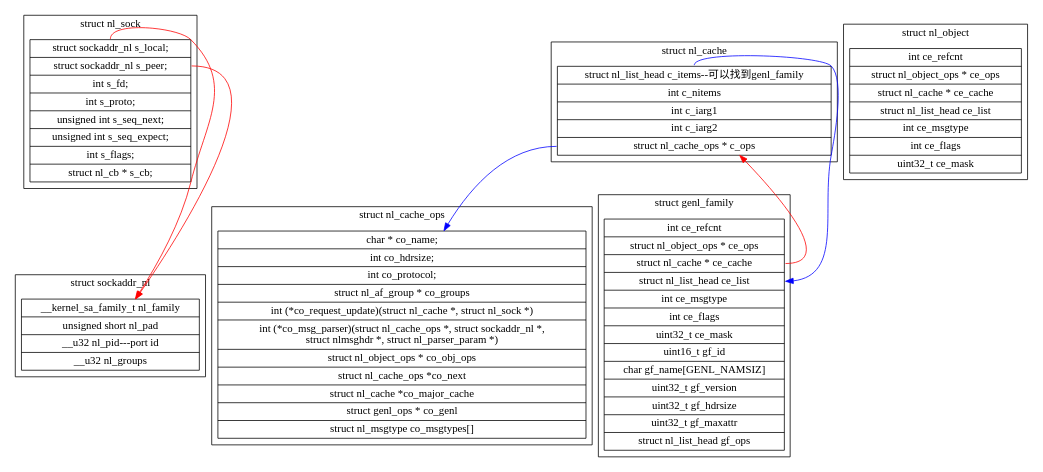
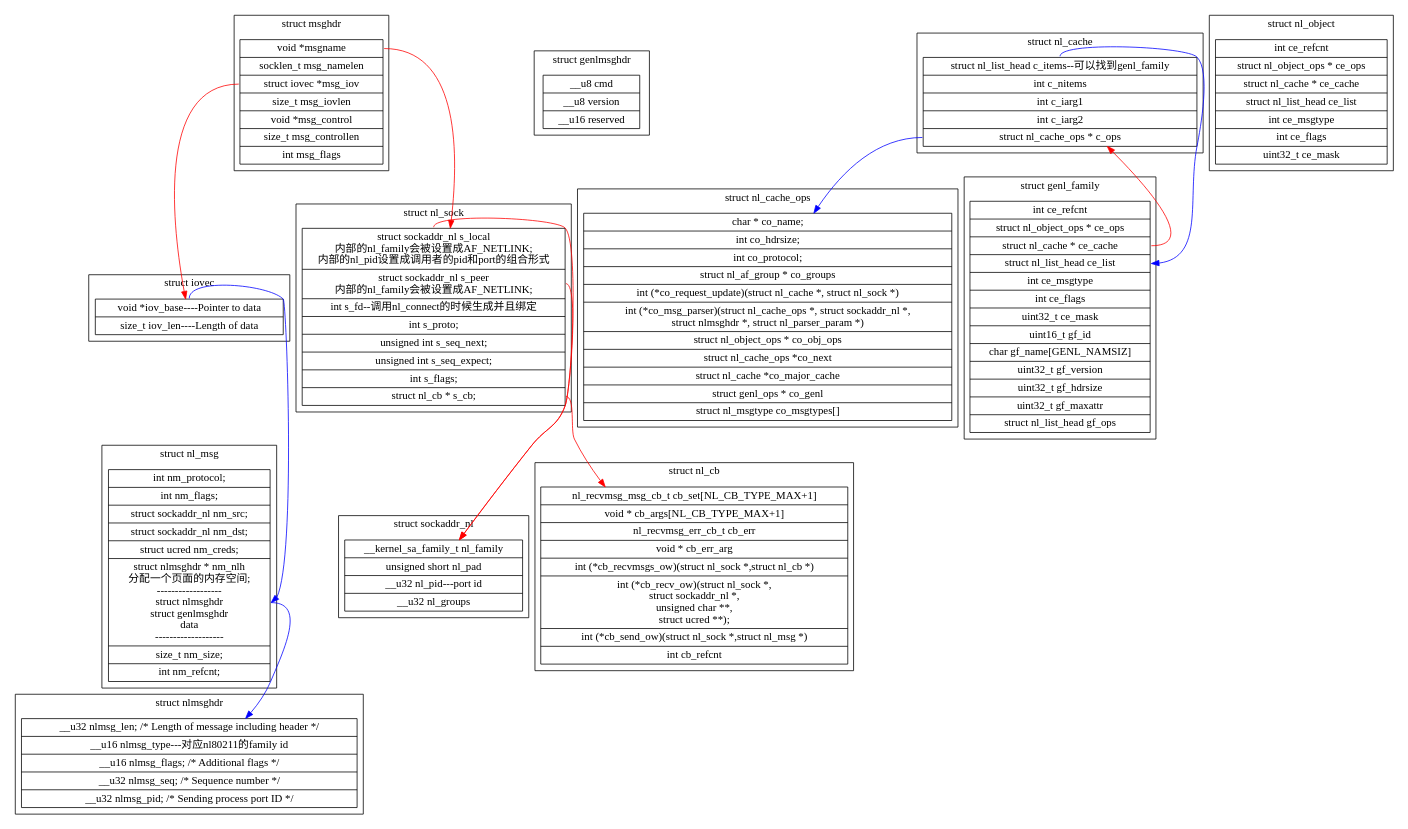
Before and after one commit to YsuXia/Debian-Learning: the diagram in graphviz/wifi/libnl.dot, drawn with Graphviz. The commit also changed 6 other files, not shown here.

```diff
--- a/graphviz/wifi/libnl.dot
+++ b/graphviz/wifi/libnl.dot
@@ -1,97 +1,180 @@
 digraph libnl{
 	node[shape=record];
+
+	subgraph cluster_struct_nl_msg{
+		label="struct nl_msg";
+		"struct nl_msg"[label="{
+	int         nm_protocol;
+    |int         nm_flags;
+    |struct sockaddr_nl  nm_src;
+    |struct sockaddr_nl  nm_dst;
+    |struct ucred        nm_creds;
+    |<nm_nlh>struct nlmsghdr *   nm_nlh\n分配一个页面的内存空间;
+	\n------------------
+	\n struct nlmsghdr
+	\n struct genlmsghdr
+	\n data
+	\n-------------------
+    |size_t          nm_size;
+    |int         nm_refcnt;
+		}"];
+	}
+	"struct nl_msg":nm_nlh->"struct nlmsghdr"[color=blue];
+
+	subgraph cluster_struct_nlmsghdr{
+		label="struct nlmsghdr";
+		"struct nlmsghdr"[label="{
+	__u32       nlmsg_len;  /* Length of message including header */
+    |__u16       nlmsg_type---对应nl80211的family id
+    |__u16       nlmsg_flags;    /* Additional flags */
+    |__u32       nlmsg_seq;  /* Sequence number */
+    |__u32       nlmsg_pid;  /* Sending process port ID */
+	}"];
+	}
+
+	subgraph cluster_struct_genlmsghdr{
+		label="struct genlmsghdr";
+		"struct genlmsghdr"[label="{
+		__u8    cmd
+    |__u8    version
+    |__u16   reserved
+	}"];
+	}
+
+	subgraph cluster_struct_iovec{
+		label="struct iovec";
+		"struct iovec"[label="{
+	<base>void *iov_base----Pointer to data
+    |size_t iov_len----Length of data
+	}"];
+	}
+	"struct iovec":base->"struct nl_msg":nm_nlh[color=blue];
+
+	subgraph cluster_struct_msghdr{
+		label="struct msghdr";
+		"struct msghdr"[label="{
+		<name>void *msgname
+		|socklen_t msg_namelen
+		|<msg_iov>struct iovec *msg_iov
+		|size_t msg_iovlen
+		|void *msg_control
+		|size_t msg_controllen
+		|int msg_flags
+	}"];
+	}
+	 "struct msghdr":msg_iov->"struct iovec"[color=red];
+	"struct msghdr":name->"struct nl_sock"[color=red];
+
 	subgraph cluster_struct_nl_sock{
 		label="struct nl_sock";
 		"struct nl_sock"[label="{
-		<local>struct sockaddr_nl  s_local;
-    	|<peer>struct sockaddr_nl  s_peer;
-    	|int         s_fd;
+		<local>struct sockaddr_nl  s_local\n内部的nl_family会被设置成AF_NETLINK;
+		\n内部的nl_pid设置成调用者的pid和port的组合形式
+    	|<peer>struct sockaddr_nl  s_peer\n内部的nl_family会被设置成AF_NETLINK;
+    	|int         s_fd--调用nl_connect的时候生成并且绑定
     	|int         s_proto;
     	|unsigned int        s_seq_next;
     	|unsigned int        s_seq_expect;
     	|int         s_flags;
-    	|struct nl_cb *      s_cb;
+    	|<cb>struct nl_cb *      s_cb;
 		}"];
 	}
 
 	"struct nl_sock":local->"struct sockaddr_nl"[color=red];
 	"struct nl_sock":peer->"struct sockaddr_nl"[color=red];
+	"struct nl_sock":cb->"struct nl_cb"[color=red];
 
 	subgraph cluster_struct_sockaddr_nl{
 		label="struct sockaddr_nl";
 		"struct sockaddr_nl"[label="{
 			__kernel_sa_family_t    nl_family
     |unsigned short  nl_pad
     |__u32       nl_pid---port id
     | __u32       nl_groups
 		}"];
 	}
 
 	subgraph cluster_struct_nl_cache{
 		label="struct nl_cache";
 		"struct nl_cache"[label="{
 			<items>struct nl_list_head c_items--可以找到genl_family
     |int         c_nitems
     |int                     c_iarg1
     |int                     c_iarg2
     |<ops>struct nl_cache_ops *   c_ops
 	}"];
 	}
 
 	"struct nl_cache":ops->"struct nl_cache_ops"[color=blue];
 	"struct nl_cache":items->"struct genl_family":ce_list[color=blue];
 
 	subgraph cluster_struct_nl_cache_ops{
 		label="struct nl_cache_ops";
 		"struct nl_cache_ops"[label="{
 			char  *         co_name;
     		|int         co_hdrsize;
     		|int         co_protocol;
     		|struct nl_af_group *    co_groups
 			|int   (*co_request_update)(struct nl_cache *, struct nl_sock *)
 			|int   (*co_msg_parser)(struct nl_cache_ops *, struct sockaddr_nl *,
 				\n
 			struct nlmsghdr *, struct nl_parser_param *)
 			|struct nl_object_ops *  co_obj_ops
     		|struct nl_cache_ops *co_next
     		|struct nl_cache *co_major_cache
     		|struct genl_ops *   co_genl
     		|struct nl_msgtype   co_msgtypes[]
 		}"];
 	}
 
 	subgraph cluster_struct_nl_object{
 		label="struct nl_object";
 		"struct nl_object"[label="{
 			int         ce_refcnt
 			|struct nl_object_ops *  ce_ops
 			|struct nl_cache *   ce_cache
 			|struct nl_list_head ce_list
 			|int         ce_msgtype
 			|int         ce_flags
 			|uint32_t    ce_mask
 		}"];
 	}
 
 	subgraph cluster_struct_genl_family{
 		label="struct genl_family";
 		"struct genl_family"[label="{
 		int         ce_refcnt
     |struct nl_object_ops *  ce_ops
     |<cache>struct nl_cache *   ce_cache
     |<ce_list>struct nl_list_head ce_list
     |int         ce_msgtype
     |int         ce_flags
     |uint32_t        ce_mask
 	|uint16_t        gf_id
     |char            gf_name[GENL_NAMSIZ]
     |uint32_t        gf_version
     |uint32_t        gf_hdrsize
     |uint32_t        gf_maxattr
     |struct nl_list_head gf_ops
 	}"];
 	}
 
 	"struct genl_family":cache->"struct nl_cache"[color=red];
+	subgraph cluster_struct_nl_cb{
+		label="struct nl_cb";
+		"struct nl_cb"[label="{
+			nl_recvmsg_msg_cb_t cb_set[NL_CB_TYPE_MAX+1]
+			|void *  cb_args[NL_CB_TYPE_MAX+1]
+			|nl_recvmsg_err_cb_t cb_err
+			|void *          cb_err_arg
+			|int (*cb_recvmsgs_ow)(struct nl_sock *,struct nl_cb *)
+			|int   (*cb_recv_ow)(struct nl_sock *,
+			\nstruct sockaddr_nl *,
+            \nunsigned char **,
+            \nstruct ucred **);
+|int   (*cb_send_ow)(struct nl_sock *,struct nl_msg *)
+|int         cb_refcnt
+		}"];
+	}
 
 }
```
